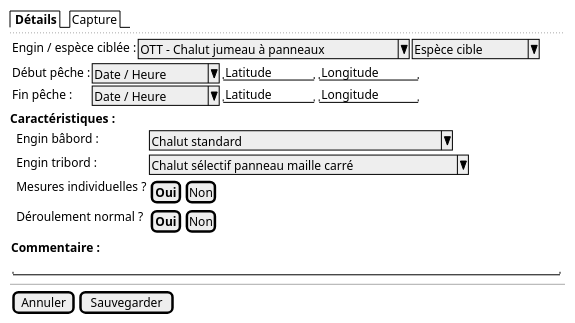
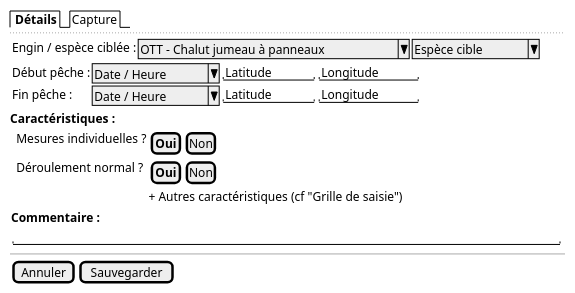
Before and after one commit to sumaris-net/sumaris-doc: the diagram in projects/apase/spe/operation.puml, drawn with PlantUML. The commit also changed 4 other files, not shown here.

```diff
--- a/projects/apase/spe/operation.puml
+++ b/projects/apase/spe/operation.puml
@@ -1,37 +1,36 @@
 @startsalt
 {
 
   {/ <b> Détails | Capture }
   ..
 
     {
       { Engin / espèce ciblée : | ^ OTT - Chalut jumeau à panneaux ^ | ^ Espèce cible ^ }
 
       {
         Début pêche : | ^ Date / Heure ^ | "Latitude   " | "Longitude   "
         Fin pêche : | ^ Date / Heure ^ | "Latitude   " | "Longitude   "
       }
     }
 
     <b>Caractéristiques :
 
     {
-      . | Engin bâbord : { ^ Chalut standard                    ^ }
-      . | Engin tribord : { ^ Chalut sélectif panneau maille carré ^ }
       . | Mesures individuelles ? { [<b>Oui] | [Non] }
       . | Déroulement normal ? { [<b>Oui] | [Non] }
+      . | . | + Autres caractéristiques (cf "Grille de saisie")
     }
 
     {
         <b>Commentaire :
 
         { "                                                                    "}
     }
 
   --
 
   {
     [Annuler] | [Sauvegarder]
   }
 }
 @endsalt
```
